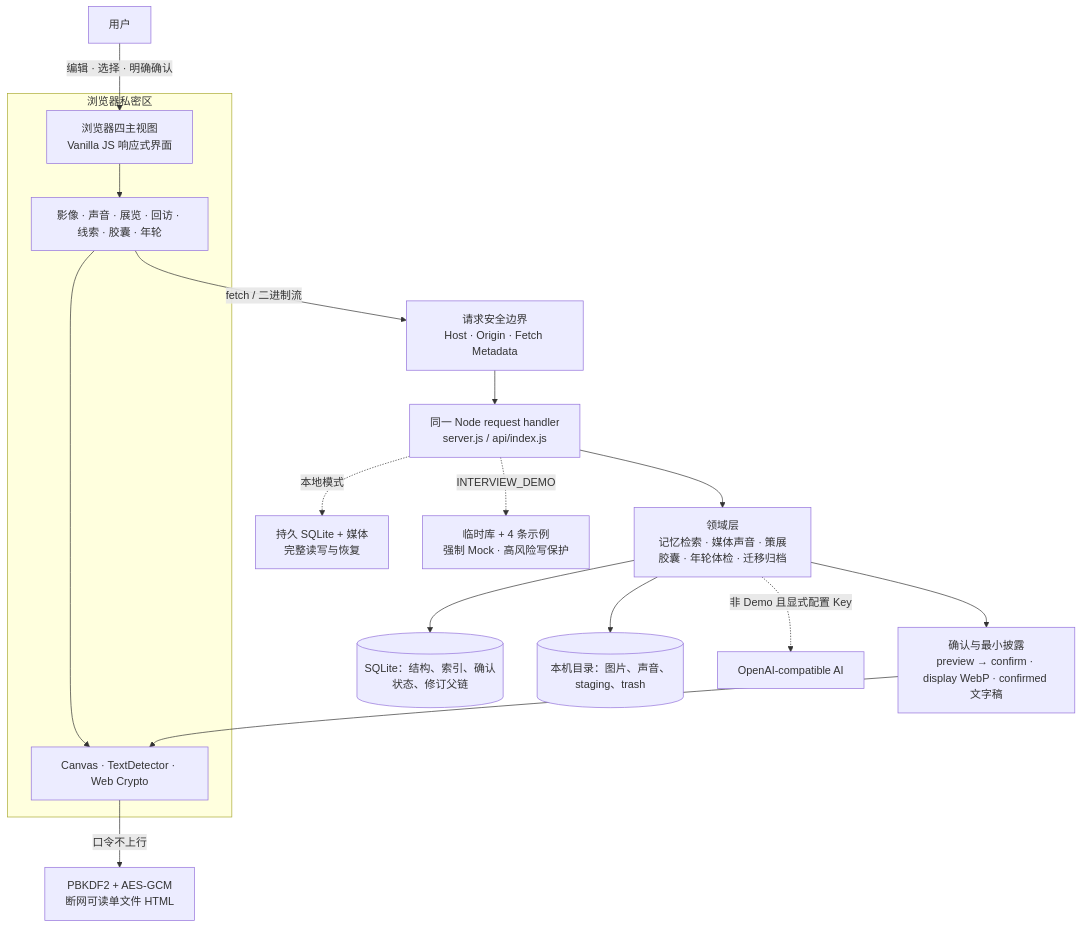
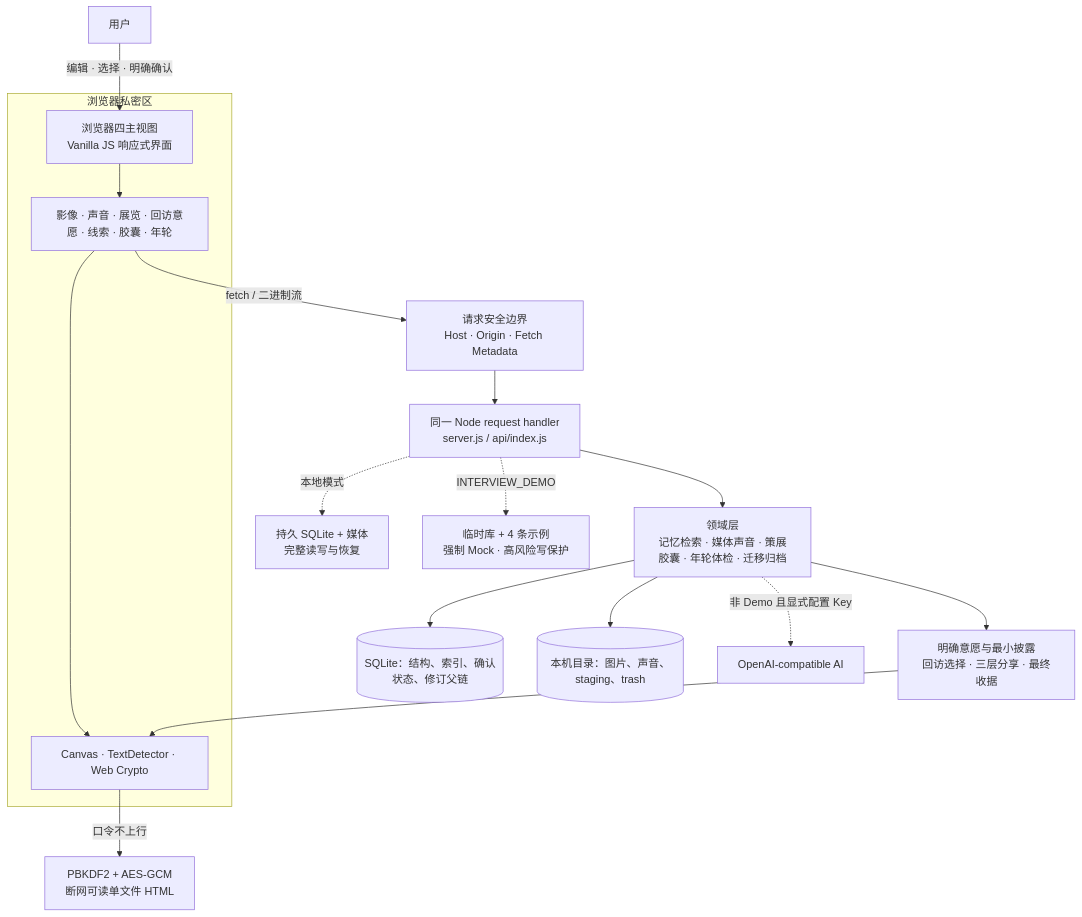
One commit to JieE-212/AI_memory_museum changed the diagram in 项目文档/面试展示手册.md. Above: the diagram before and after it, drawn with Mermaid. The commit also changed other lines of this file and 45 other files, not shown here.

````diff
--- a/项目文档/面试展示手册.md
+++ b/项目文档/面试展示手册.md
@@ -64,23 +68,23 @@
 ```mermaid
 flowchart TB
   U["用户"] -->|"编辑 · 选择 · 明确确认"| UI["浏览器四主视图<br/>Vanilla JS 响应式界面"]
 
   subgraph B["浏览器私密区"]
-    UI --> MOD["影像 · 声音 · 展览 · 回访 · 线索 · 胶囊 · 年轮"]
+    UI --> MOD["影像 · 声音 · 展览 · 回访意愿 · 线索 · 胶囊 · 年轮"]
     MOD --> LOCAL["Canvas · TextDetector · Web Crypto"]
   end
 
   MOD -->|"fetch / 二进制流"| SEC["请求安全边界<br/>Host · Origin · Fetch Metadata"]
   SEC --> HTTP["同一 Node request handler<br/>server.js / api/index.js"]
   HTTP --> DOMAIN["领域层<br/>记忆检索 · 媒体声音 · 策展胶囊 · 年轮体检 · 迁移归档"]
   DOMAIN --> DB[("SQLite：结构、索引、确认状态、修订父链")]
   DOMAIN --> FS[("本机目录：图片、声音、staging、trash")]
   DOMAIN -. "非 Demo 且显式配置 Key" .-> AI["OpenAI-compatible AI"]
 
-  DOMAIN --> GATE["确认与最小披露<br/>preview → confirm · display WebP · confirmed 文字稿"]
+  DOMAIN --> GATE["明确意愿与最小披露<br/>回访选择 · 三层分享 · 最终收据"]
   GATE --> LOCAL
   LOCAL -->|"口令不上行"| OFF["PBKDF2 + AES-GCM<br/>断网可读单文件 HTML"]
 
   HTTP -. "本地模式" .-> PERSIST["持久 SQLite + 媒体<br/>完整读写与恢复"]
   HTTP -. "INTERVIEW_DEMO" .-> DEMO["临时库 + 4 条示例<br/>强制 Mock · 高风险写保护"]
 ```
````
